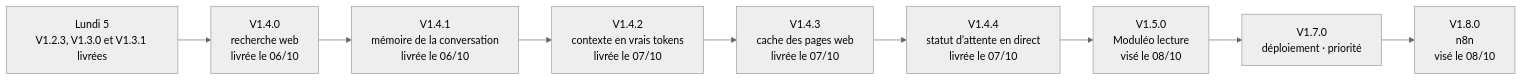
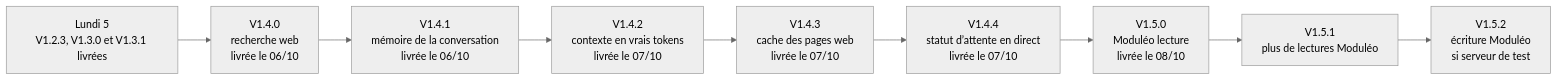
Before and after one commit to UlyssouLV/BBASS-Agents-IA: the third of 3 diagrams in README.md, drawn with Mermaid (neutral theme). The commit also changed other lines of this file and 158 other files, not shown here.

````diff
--- a/README.md
+++ b/README.md
@@ -161,11 +162,11 @@
 ```mermaid
 flowchart LR
   L05["Lundi 5<br/>V1.2.3, V1.3.0 et V1.3.1 livrées"] --> V140["V1.4.0<br/>recherche web<br/>livrée le 06/10"]
   V140 --> V141["V1.4.1<br/>mémoire de la conversation<br/>livrée le 06/10"]
   V141 --> V142["V1.4.2<br/>contexte en vrais tokens<br/>livrée le 07/10"]
   V142 --> V143["V1.4.3<br/>cache des pages web<br/>livrée le 07/10"]
   V143 --> V144["V1.4.4<br/>statut d’attente en direct<br/>livrée le 07/10"]
-  V144 --> V150["V1.5.0<br/>Moduléo lecture<br/>visé le 08/10"]
-  V150 --> V170["V1.7.0<br/>déploiement · priorité"]
-  V170 --> V180["V1.8.0<br/>n8n<br/>visé le 08/10"]
+  V144 --> V150["V1.5.0<br/>Moduléo lecture<br/>livrée le 08/10"]
+  V150 --> V151["V1.5.1<br/>plus de lectures Moduléo"]
+  V151 --> V152["V1.5.2<br/>écriture Moduléo<br/>si serveur de test"]
 ```
````
